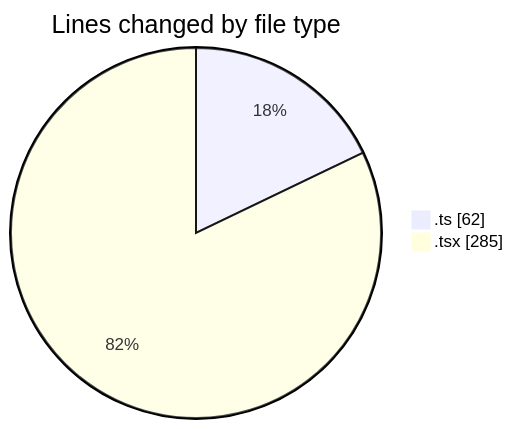
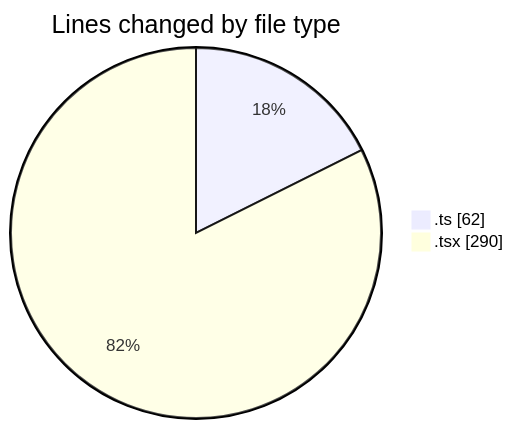
The first of 2 diagrams in 2025-08-13/cda/README.md (momahboobian/code-tracking), drawn with Mermaid before and after one commit. The commit also changed other lines of this file and 1 other file, not shown here.

````diff
--- a/2025-08-13/cda/README.md
+++ b/2025-08-13/cda/README.md
@@ -21,6 +21,6 @@
 ```mermaid
 pie showData
 title Lines changed by file type
 ".ts" : 62
-".tsx" : 285
+".tsx" : 290
 ```
````
